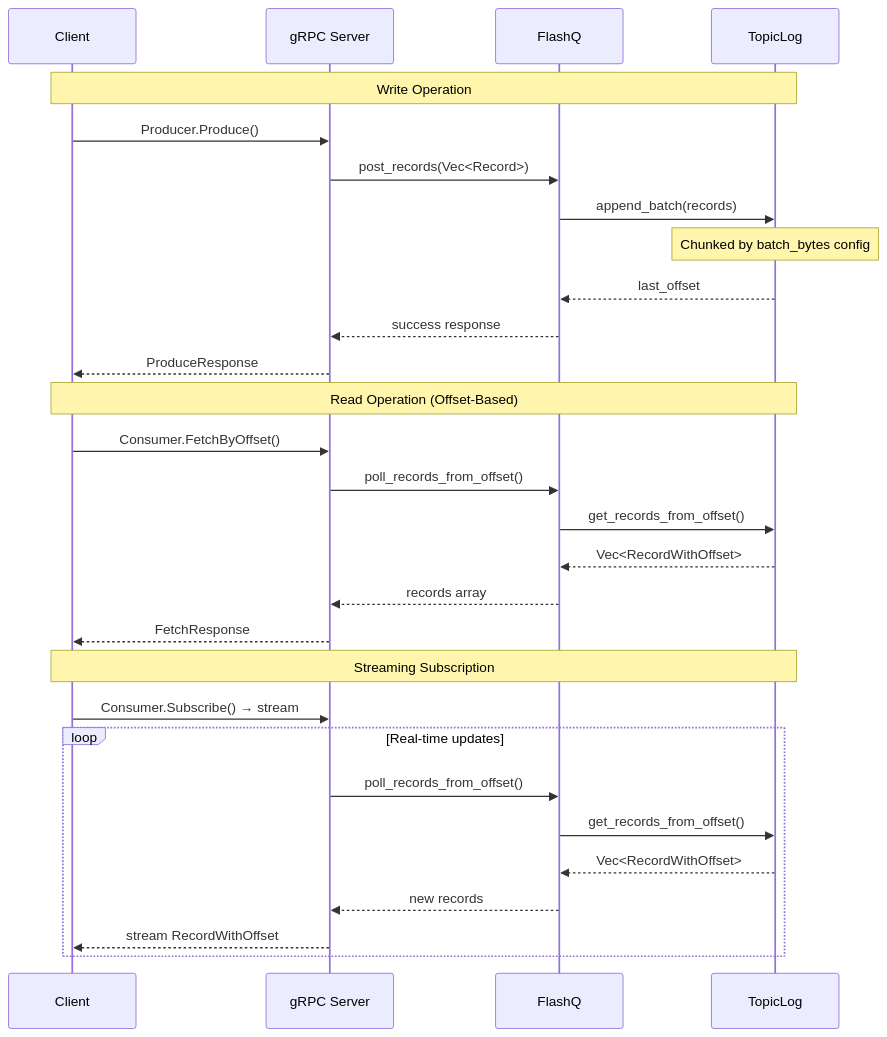
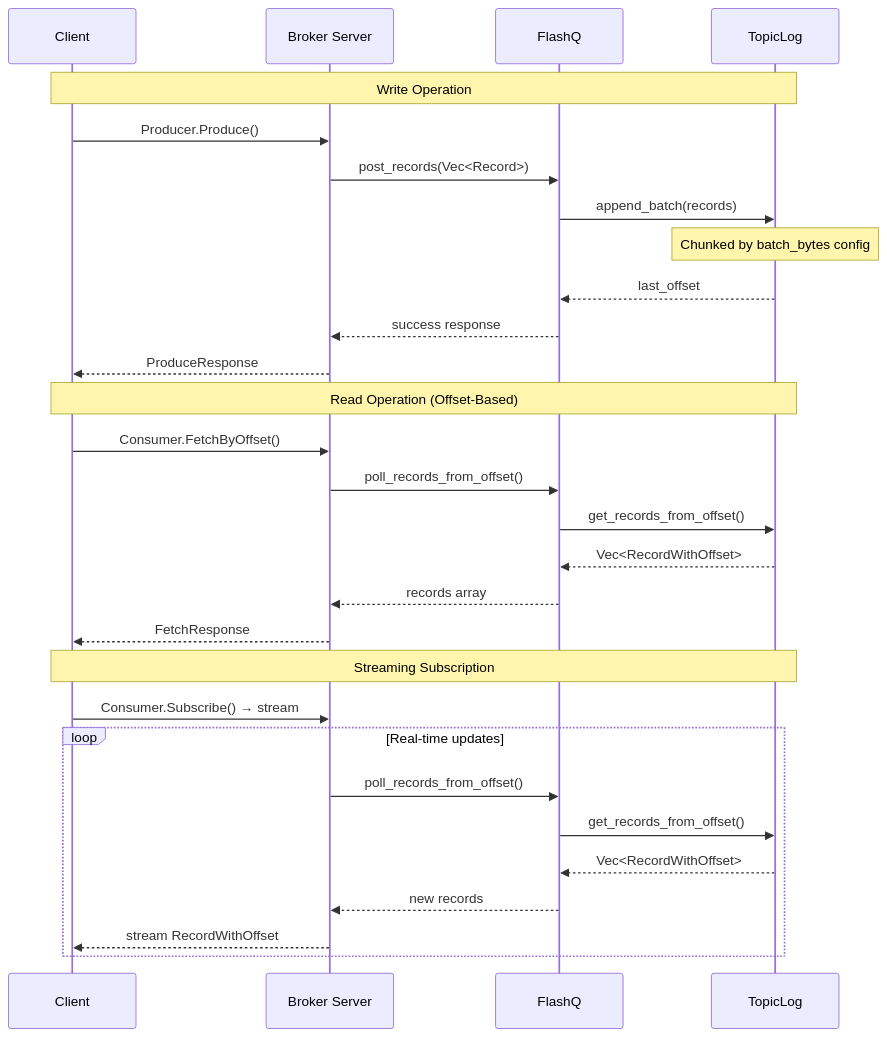
The second of 2 diagrams in docs/architecture.md (harshitmahapatra/flashq), drawn with Mermaid before and after one commit. The commit also changed other lines of this file and 35 other files, not shown here.

````diff
--- a/docs/architecture.md
+++ b/docs/architecture.md
@@ -105,34 +130,34 @@
 ```mermaid
 sequenceDiagram
     participant C as Client
-    participant B as gRPC Server
+    participant B as Broker Server
     participant Q as FlashQ
     participant T as TopicLog
 
     Note over C,T: Write Operation
     C->>B: Producer.Produce()
     B->>Q: post_records(Vec<Record>)
     Q->>T: append_batch(records)
     Note over T: Chunked by batch_bytes config
     T-->>Q: last_offset
     Q-->>B: success response
     B-->>C: ProduceResponse
 
     Note over C,T: Read Operation (Offset-Based)
     C->>B: Consumer.FetchByOffset()
     B->>Q: poll_records_from_offset()
     Q->>T: get_records_from_offset()
     T-->>Q: Vec<RecordWithOffset>
     Q-->>B: records array
     B-->>C: FetchResponse
 
     Note over C,T: Streaming Subscription
     C->>B: Consumer.Subscribe() → stream
     loop Real-time updates
         B->>Q: poll_records_from_offset()
         Q->>T: get_records_from_offset()
         T-->>Q: Vec<RecordWithOffset>
         Q-->>B: new records
         B-->>C: stream RecordWithOffset
     end
 ```
````
